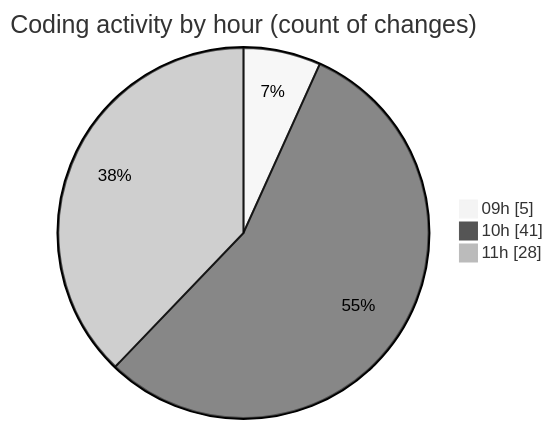
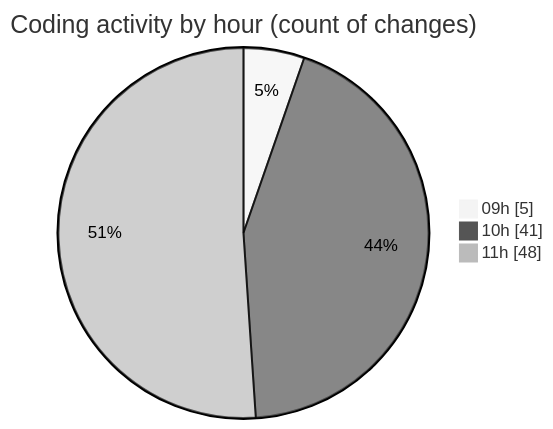
The second of 2 diagrams in 2026-04-27/cda/README.md (momahboobian/code-tracking), drawn with Mermaid (neutral theme) before and after one commit. The commit also changed other lines of this file and 1 other file, not shown here.

````diff
--- a/2026-04-27/cda/README.md
+++ b/2026-04-27/cda/README.md
@@ -45,7 +48,7 @@
 ```mermaid
 pie showData
 title Coding activity by hour (count of changes)
 "09h" : 5
 "10h" : 41
-"11h" : 28
+"11h" : 48
 ```
````
